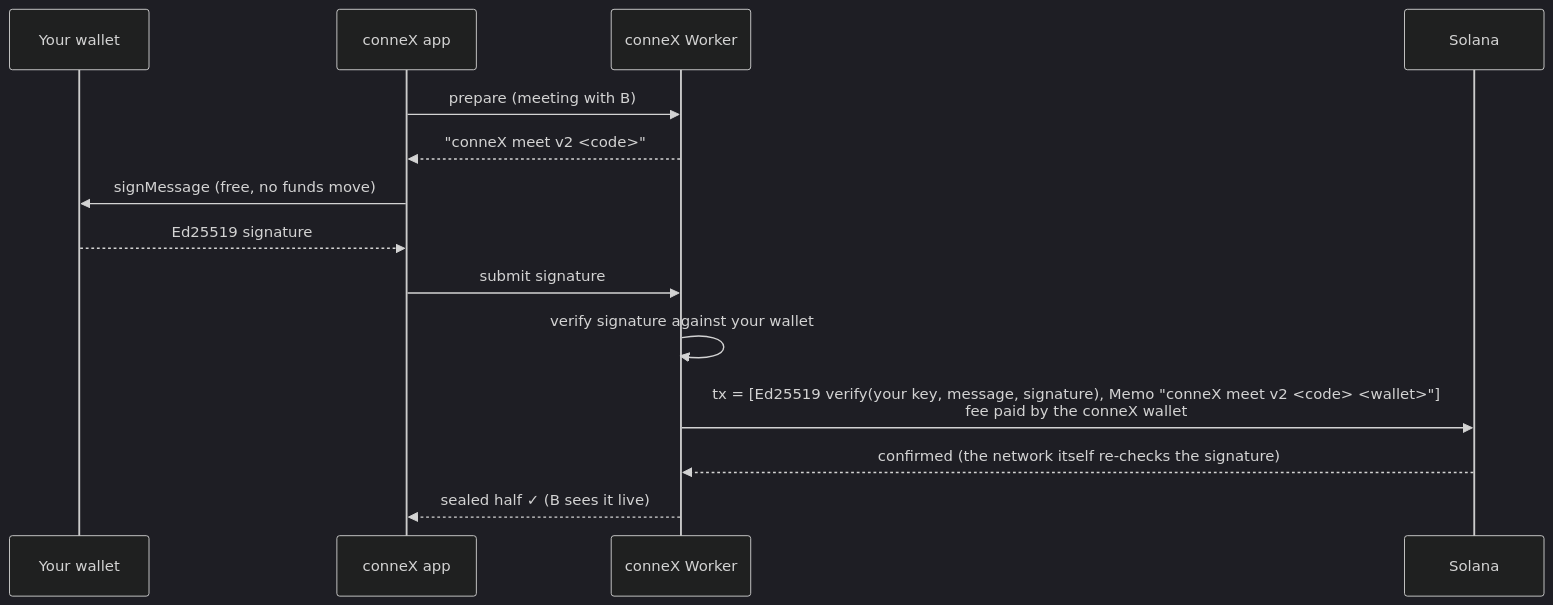
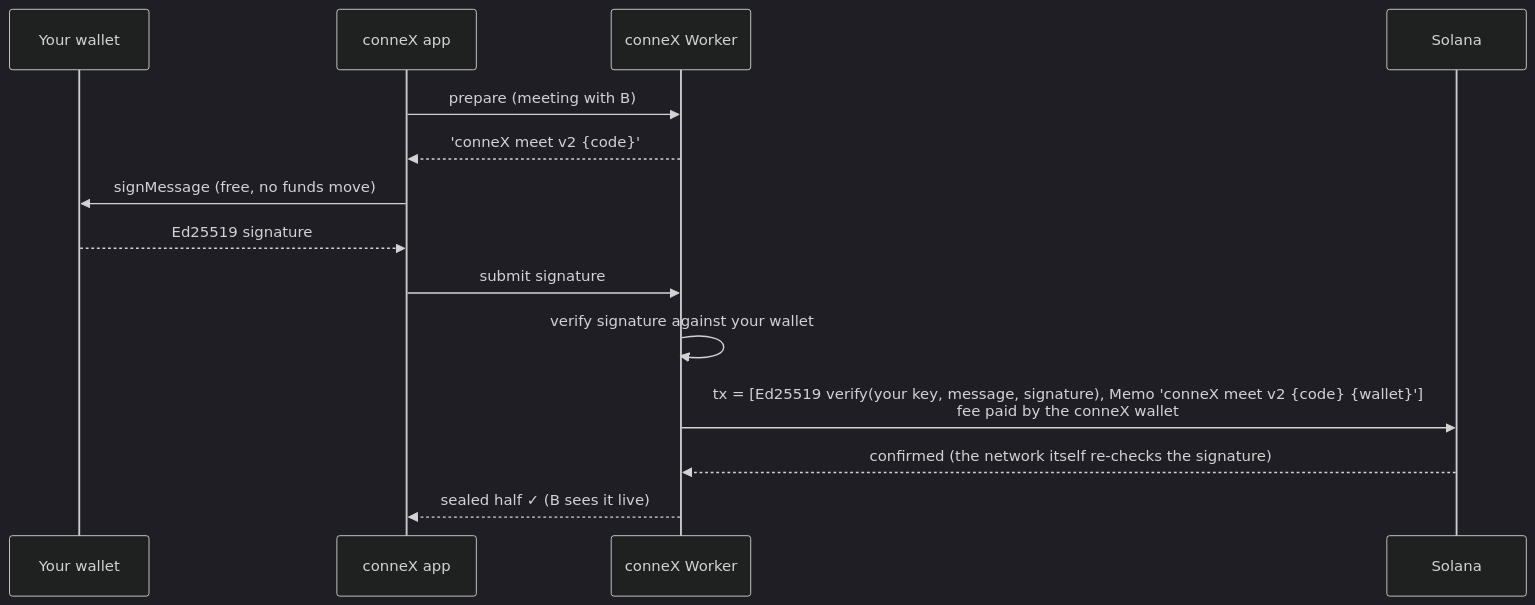
Before and after one commit to xdayon/Connex: the first of 2 diagrams in README.md, drawn with Mermaid (dark theme).

Commit message:
docs: diagrama do README sem colchetes angulares

````diff
--- a/README.md
+++ b/README.md
@@ -42,16 +42,16 @@
 ```mermaid
 sequenceDiagram
     participant A as Your wallet
     participant App as conneX app
     participant W as conneX Worker
     participant S as Solana
     App->>W: prepare (meeting with B)
-    W-->>App: "conneX meet v2 <code>"
+    W-->>App: 'conneX meet v2 {code}'
     App->>A: signMessage (free, no funds move)
     A-->>App: Ed25519 signature
     App->>W: submit signature
     W->>W: verify signature against your wallet
-    W->>S: tx = [Ed25519 verify(your key, message, signature), Memo "conneX meet v2 <code> <wallet>"]<br/>fee paid by the conneX wallet
+    W->>S: tx = [Ed25519 verify(your key, message, signature), Memo 'conneX meet v2 {code} {wallet}']<br/>fee paid by the conneX wallet
     S-->>W: confirmed (the network itself re-checks the signature)
     W-->>App: sealed half ✓ (B sees it live)
 ```
````
